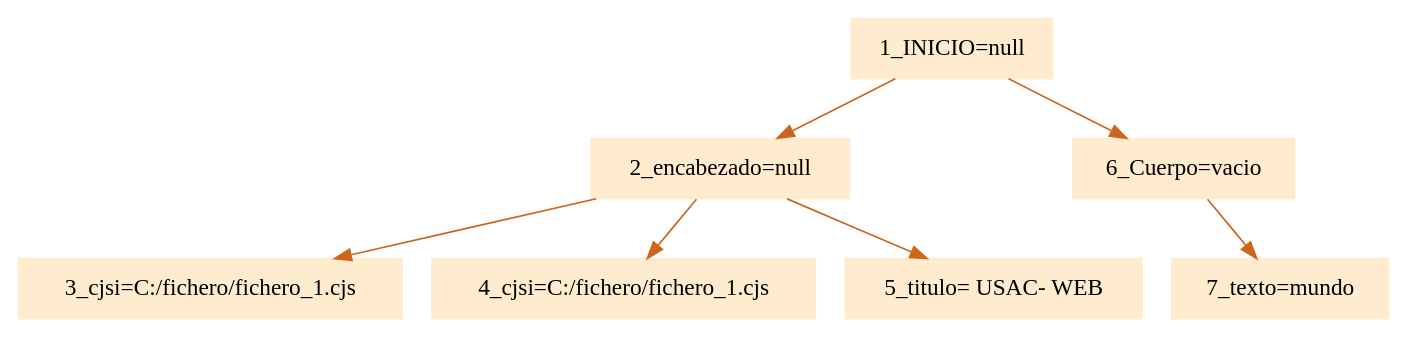
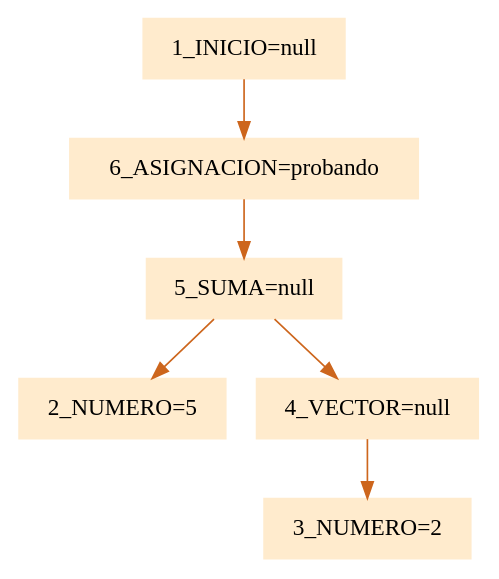
One commit to JamesMelgar/Proye1_Compi2018 changed the diagram in proye1_compi2018/arbol.dot. Above: the diagram before and after it, drawn with Graphviz. The commit also changed 17 other files, not shown here.

```diff
--- a/proye1_compi2018/arbol.dot
+++ b/proye1_compi2018/arbol.dot
@@ -1,5 +1,5 @@
 digraph G {node[shape=box, style=filled, color=blanchedalmond]; edge[color=chocolate3];rankdir=UD 
 
-"1_INICIO=null"->"2_encabezado=null""2_encabezado=null"->"3_cjsi=C:/fichero/fichero_1.cjs""2_encabezado=null"->"4_cjsi=C:/fichero/fichero_1.cjs""2_encabezado=null"->"5_titulo= USAC- WEB ""1_INICIO=null"->"6_Cuerpo=vacio""6_Cuerpo=vacio"->"7_texto=mundo"
+"1_INICIO=null"->"6_ASIGNACION=probando""6_ASIGNACION=probando"->"5_SUMA=null""5_SUMA=null"->"2_NUMERO=5""5_SUMA=null"->"4_VECTOR=null""4_VECTOR=null"->"3_NUMERO=2"
 
 }
```
